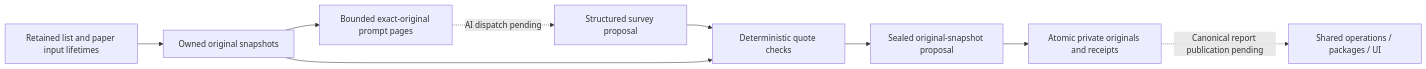
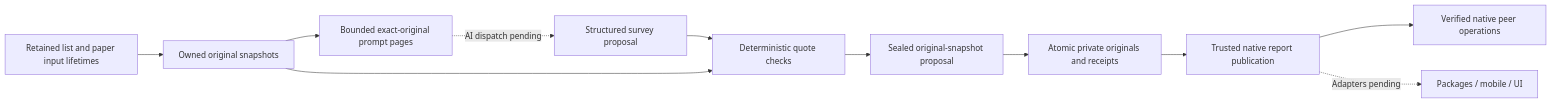
One commit to puddings-world/Paperfact changed the diagram in docs/analysis-audit.md. Above: the diagram before and after it, drawn with Mermaid. The commit also changed other lines of this file and 13 other files, not shown here.

````diff
--- a/docs/analysis-audit.md
+++ b/docs/analysis-audit.md
@@ -382,11 +383,13 @@
 ```mermaid
 flowchart LR
     I[Retained list and paper input lifetimes] --> C[Owned original snapshots]
     C --> P[Bounded exact-original prompt pages]
     P -. AI dispatch pending .-> M[Structured survey proposal]
     M --> V[Deterministic quote checks]
     C --> V
     V --> R[Sealed original-snapshot proposal]
     R --> A[Atomic private originals and receipts]
-    A -. Canonical report publication pending .-> S[Shared operations / packages / UI]
+    A --> N[Trusted native report publication]
+    N --> S[Verified native peer operations]
+    N -. Adapters pending .-> U[Packages / mobile / UI]
 ```
````
